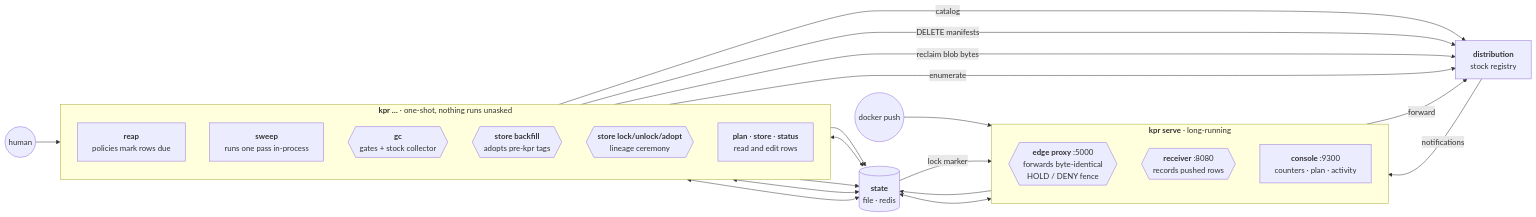
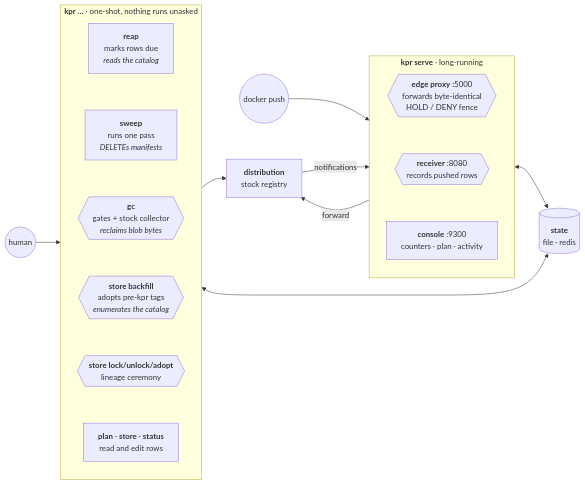
Before and after one commit to noroutine/kpr: the first of 2 diagrams in docs/ARCHITECTURE.md, drawn with Mermaid.

Commit message:
Force vertical blocks in the components diagram
direction TB is a hint mermaid drops whenever edges constrain the
layout, so the blocks flattened outside mermaid-cli. Invisible ~~~
chains alone did not survive here either — unlike the port map,
every node had its own external edge, and those won.

Edges now connect at the subgraph level and the per-node detail
moved into the labels: reap reads the catalog, sweep DELETEs
manifests, gc reclaims bytes, backfill enumerates. Same
information, no edge touching an individual node, so the chains
hold and both blocks stay columns.

````diff
--- a/docs/ARCHITECTURE.md
+++ b/docs/ARCHITECTURE.md
@@ -28,41 +28,31 @@
 ```mermaid
 flowchart LR
-  dev((docker push)) --> edge
+  dev((docker push)) --> serve
   human((human)) --> cli
 
   subgraph serve["<b>kpr serve</b> · long-running"]
     direction TB
-    edge{{"<b>edge proxy</b> :5000<br/>forwards byte-identical<br/>HOLD / DENY fence"}}
-    recv{{"<b>receiver</b> :8080<br/>records pushed rows"}}
+    edge{{"<b>edge proxy</b> :5000<br/>forwards byte-identical<br/>HOLD / DENY fence"}} ~~~
+    recv{{"<b>receiver</b> :8080<br/>records pushed rows"}} ~~~
     console["<b>console</b> :9300<br/>counters · plan · activity"]
   end
 
   subgraph cli["<b>kpr …</b> · one-shot, nothing runs unasked"]
     direction TB
-    reap["<b>reap</b><br/>policies mark rows due"]
-    sweepcmd["<b>sweep</b><br/>runs one pass in-process"]
-    gcc{{"<b>gc</b><br/>gates + stock collector"}}
-    backfill{{"<b>store backfill</b><br/>adopts pre-kpr tags"}}
-    ceremony{{"<b>store lock/unlock/adopt</b><br/>lineage ceremony"}}
+    reap["<b>reap</b><br/>marks rows due<br/><i>reads the catalog</i>"] ~~~
+    sweepcmd["<b>sweep</b><br/>runs one pass<br/><i>DELETEs manifests</i>"] ~~~
+    gcc{{"<b>gc</b><br/>gates + stock collector<br/><i>reclaims blob bytes</i>"}} ~~~
+    backfill{{"<b>store backfill</b><br/>adopts pre-kpr tags<br/><i>enumerates the catalog</i>"}} ~~~
+    ceremony{{"<b>store lock/unlock/adopt</b><br/>lineage ceremony"}} ~~~
     rest["<b>plan</b> · <b>store</b> · <b>status</b><br/>read and edit rows"]
   end
 
   state[("<b>state</b><br/>file · redis")]
   dist["<b>distribution</b><br/>stock registry"]
 
-  edge -- forward --> dist
-  dist -- notifications --> recv
-  recv --> state
-  console <--> state
-  state -- lock marker --> edge
-
-  reap --> state
-  reap -- catalog --> dist
-  sweepcmd <--> state
-  sweepcmd -- "DELETE manifests" --> dist
-  gcc -- "reclaim blob bytes" --> dist
-  backfill -- enumerate --> dist
-  backfill --> state
-  ceremony <--> state
-  rest <--> state
+  serve -- "forward" --> dist
+  dist -- "notifications" --> serve
+  serve <--> state
+  cli <--> state
+  cli --> dist
 ```
````
